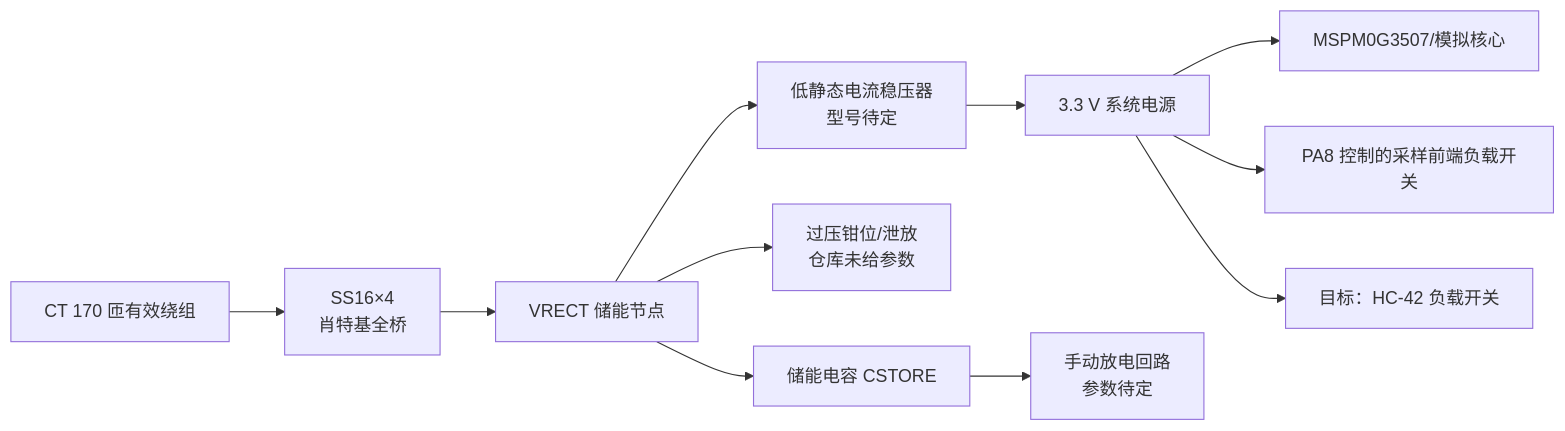
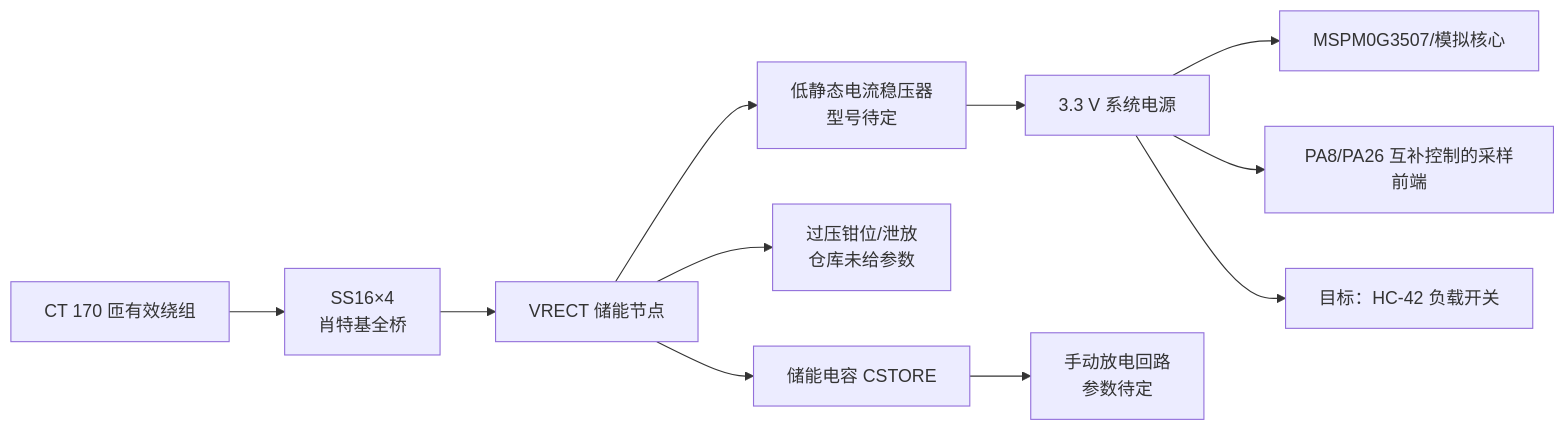
The second of 5 diagrams in docs/本地项目完整方案_硬件与软件.md (one-night-standby/passive-ac-ammeter-and-wireless-reader), drawn with Mermaid before and after one commit. The commit also changed other lines of this file, not shown here.

````diff
--- a/docs/本地项目完整方案_硬件与软件.md
+++ b/docs/本地项目完整方案_硬件与软件.md
@@ -142,13 +146,13 @@
 ```mermaid
 flowchart LR
     W["CT 170 匝有效绕组"] --> D["SS16×4<br/>肖特基全桥"]
     D --> VRAW["VRECT 储能节点"]
     VRAW --> C["储能电容 CSTORE"]
     VRAW --> CLAMP["过压钳位/泄放<br/>仓库未给参数"]
     VRAW --> REG["低静态电流稳压器<br/>型号待定"]
     REG --> V33["3.3 V 系统电源"]
     V33 --> M0["MSPM0G3507/模拟核心"]
-    V33 --> SW1["PA8 控制的采样前端负载开关"]
+    V33 --> SW1["PA8/PA26 互补控制的采样前端"]
     V33 --> SW2["目标：HC-42 负载开关"]
     C --> DIS["手动放电回路<br/>参数待定"]
 ```
````
